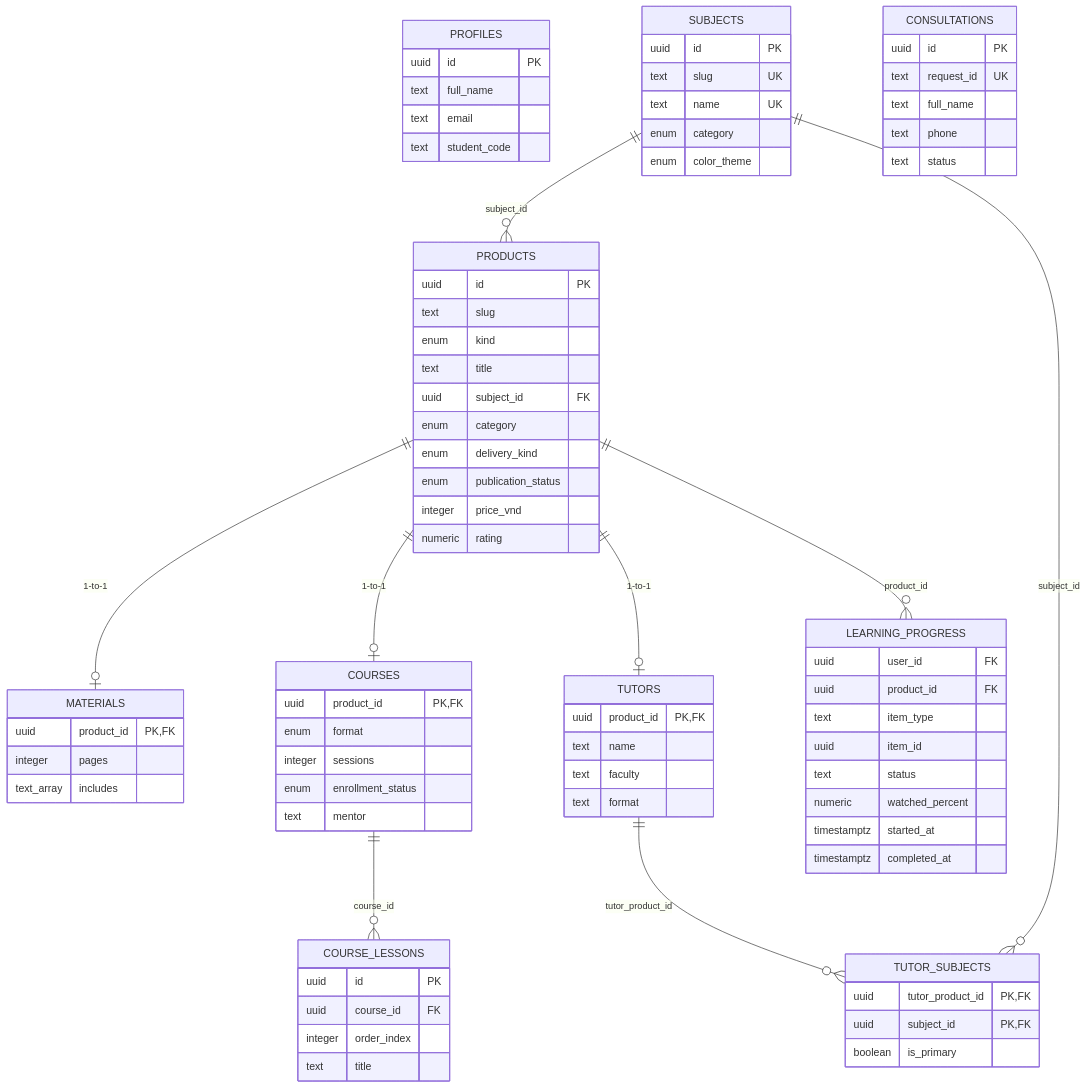
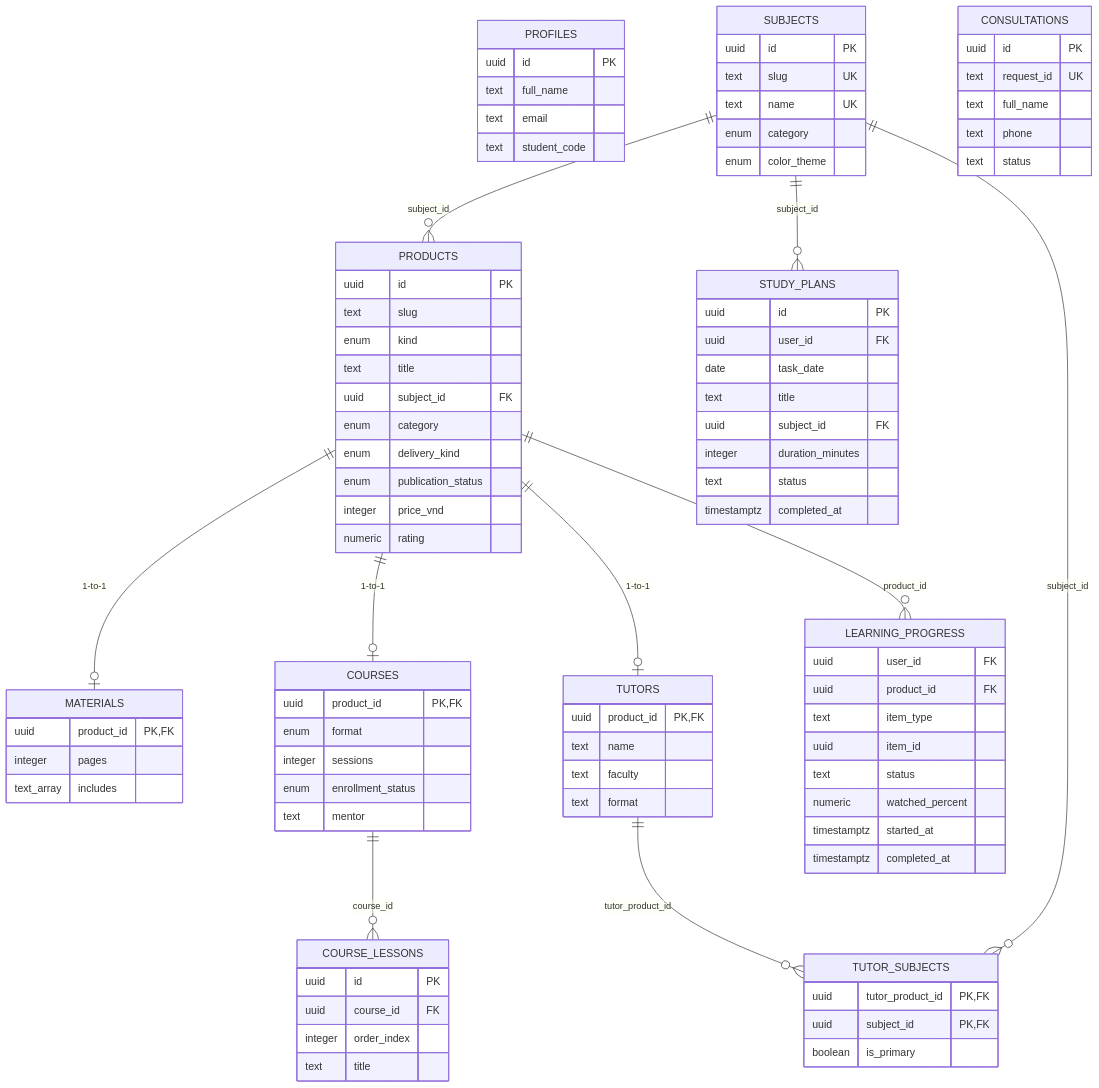
Before and after one commit to tlee126/left-hand: the diagram in docs/database.md, drawn with Mermaid. The commit also changed other lines of this file and 12 other files, not shown here.

Commit message:
feat: persist student study plans

````diff
--- a/docs/database.md
+++ b/docs/database.md
@@ -113,6 +114,17 @@
         timestamptz completed_at
     }
 
+    STUDY_PLANS {
+        uuid id PK
+        uuid user_id FK
+        date task_date
+        text title
+        uuid subject_id FK
+        integer duration_minutes
+        text status
+        timestamptz completed_at
+    }
+
     SUBJECTS ||--o{ PRODUCTS : "subject_id"
     PRODUCTS ||--o| MATERIALS : "1-to-1"
     PRODUCTS ||--o| COURSES : "1-to-1"
@@ -121,4 +133,5 @@
     TUTORS ||--o{ TUTOR_SUBJECTS : "tutor_product_id"
     SUBJECTS ||--o{ TUTOR_SUBJECTS : "subject_id"
     PRODUCTS ||--o{ LEARNING_PROGRESS : "product_id"
+    SUBJECTS ||--o{ STUDY_PLANS : "subject_id"
 ```
````
